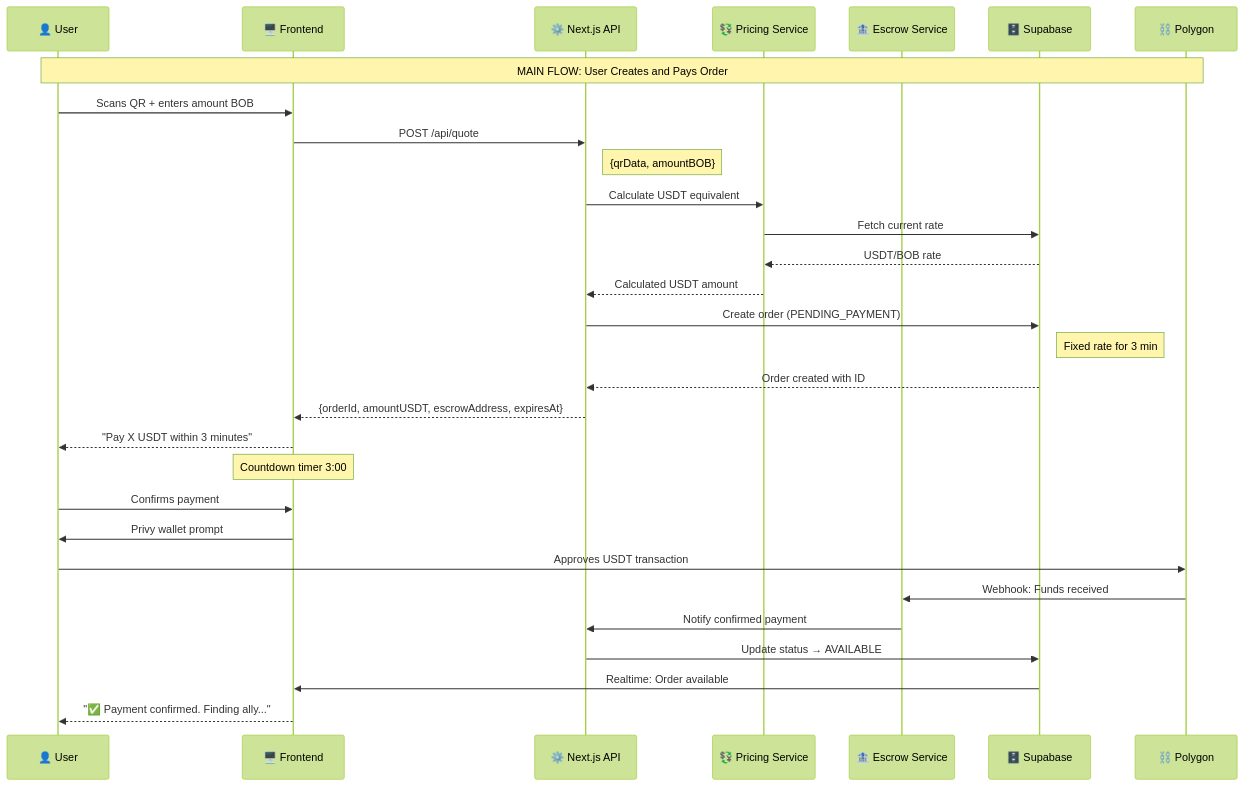
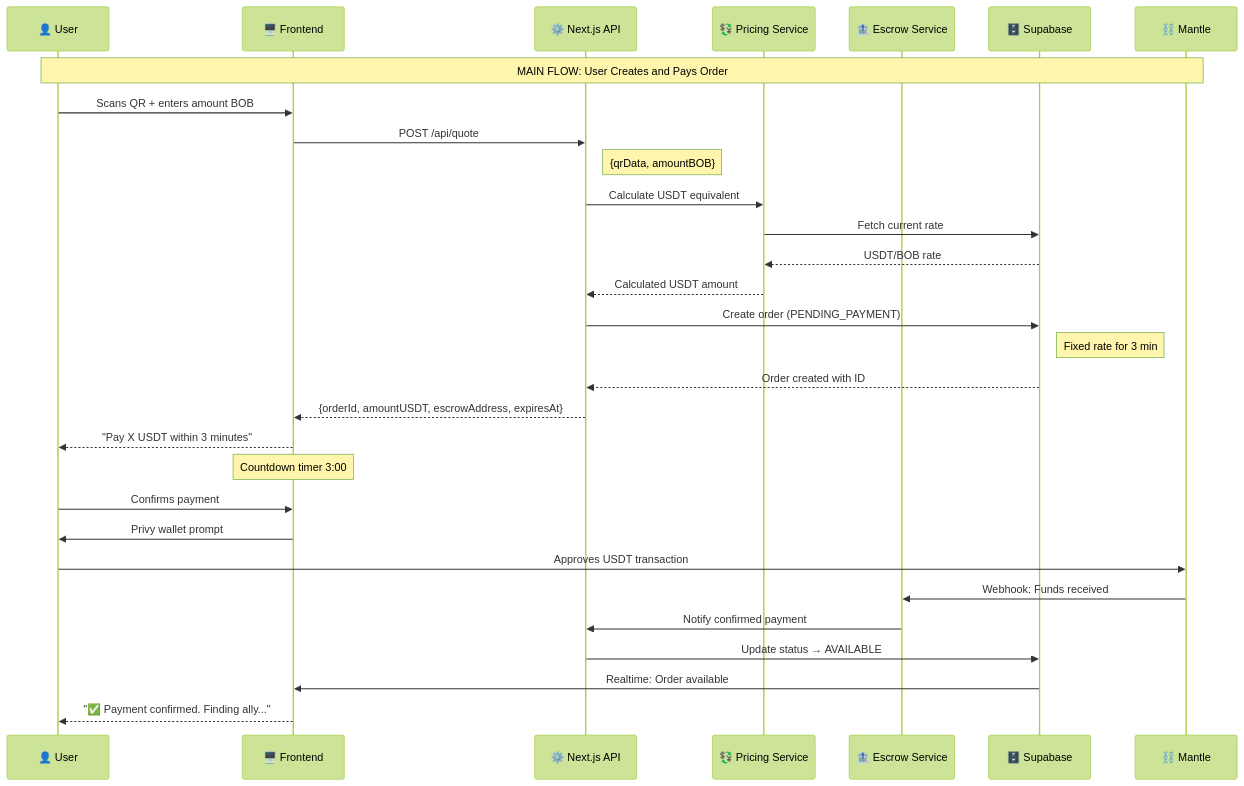
The fourth of 6 diagrams in 01-arquitectura-sistema.md (kibo-project/Kibo-Wiki), drawn with Mermaid (forest theme) before and after one commit. The commit also changed other lines of this file, not shown here.

````diff
--- a/01-arquitectura-sistema.md
+++ b/01-arquitectura-sistema.md
@@ -238,39 +238,39 @@
 ```mermaid
 sequenceDiagram
     participant U as 👤 User
     participant F as 🖥️ Frontend
     participant API as ⚙️ Next.js API
     participant P as 💱 Pricing Service
     participant E as 🏦 Escrow Service
     participant DB as 🗄️ Supabase
-    participant BC as ⛓️ Polygon
+    participant BC as ⛓️ Mantle
 
     Note over U,BC: MAIN FLOW: User Creates and Pays Order
 
     U->>F: Scans QR + enters amount BOB
     F->>API: POST /api/quote
     Note right of API: {qrData, amountBOB}
     
     API->>P: Calculate USDT equivalent
     P->>DB: Fetch current rate
     DB-->>P: USDT/BOB rate
     P-->>API: Calculated USDT amount
     
     API->>DB: Create order (PENDING_PAYMENT)
     Note right of DB: Fixed rate for 3 min
     DB-->>API: Order created with ID
     
     API-->>F: {orderId, amountUSDT, escrowAddress, expiresAt}
     F-->>U: "Pay X USDT within 3 minutes"
     
     Note over F: Countdown timer 3:00
     U->>F: Confirms payment
     F->>U: Privy wallet prompt
     U->>BC: Approves USDT transaction
     
     BC->>E: Webhook: Funds received
     E->>API: Notify confirmed payment
     API->>DB: Update status → AVAILABLE
     DB->>F: Realtime: Order available
     F-->>U: "✅ Payment confirmed. Finding ally..."
 ```
````
